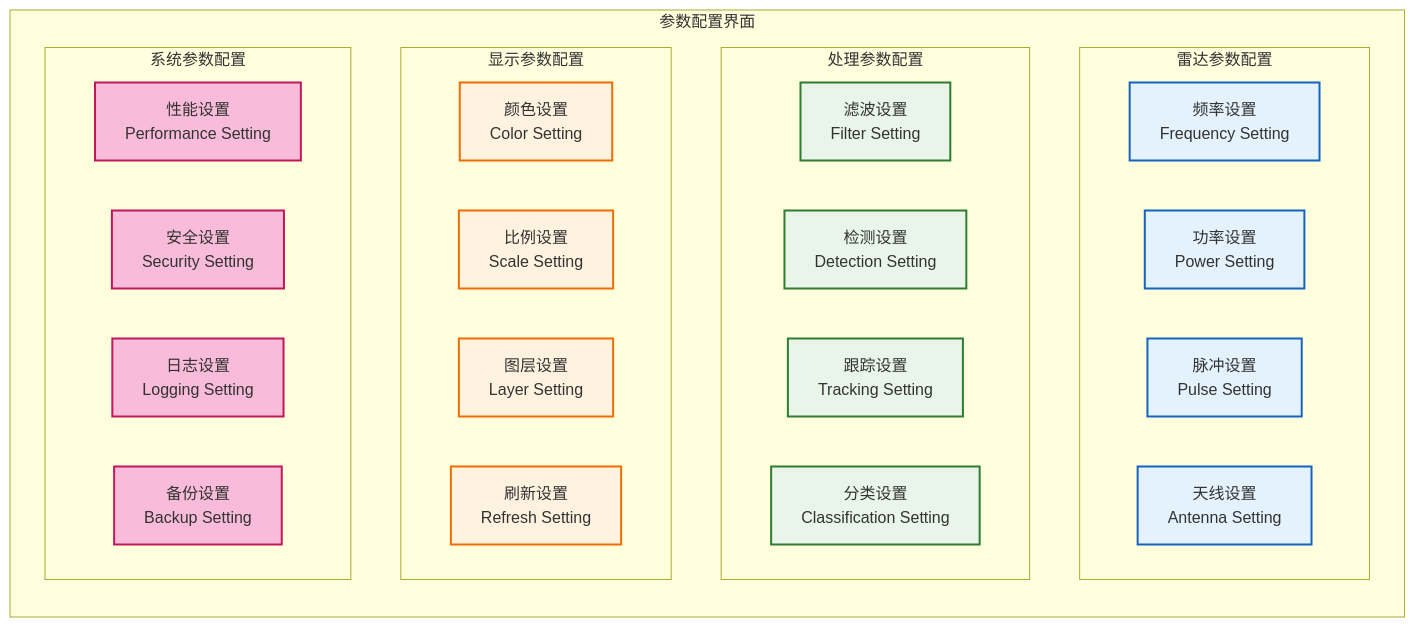
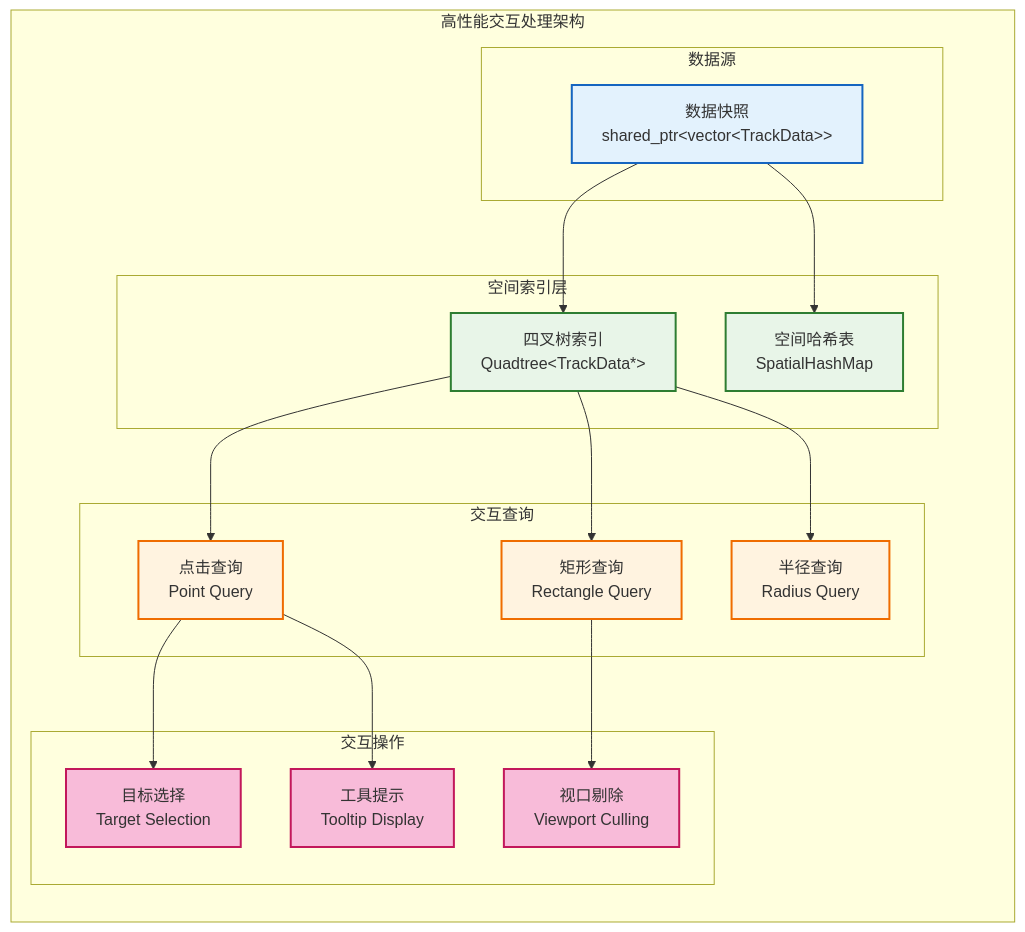
Diagram 15 of 21 in docs/01_项目设计/02_模块设计/04_显控接口模块设计.md (wendizhou99-cell/Radar), drawn with Mermaid before and after one commit. The commit also changed other lines of this file and 7 other files, not shown here.

````diff
--- a/docs/01_项目设计/02_模块设计/04_显控接口模块设计.md
+++ b/docs/01_项目设计/02_模块设计/04_显控接口模块设计.md
@@ -680,46 +1312,48 @@
 ```mermaid
 graph TB
-    subgraph "参数配置界面"
+    subgraph "高性能交互处理架构"
         direction TB
 
-        subgraph "雷达参数配置"
-            FREQUENCY_SETTING[频率设置<br/>Frequency Setting]
-            POWER_SETTING[功率设置<br/>Power Setting]
-            PULSE_SETTING[脉冲设置<br/>Pulse Setting]
-            ANTENNA_SETTING[天线设置<br/>Antenna Setting]
+        subgraph "数据源"
+            SNAPSHOT[数据快照<br/>shared_ptr&lt;vector&lt;TrackData&gt;&gt;]
         end
 
-        subgraph "处理参数配置"
-            FILTER_SETTING[滤波设置<br/>Filter Setting]
-            DETECTION_SETTING[检测设置<br/>Detection Setting]
-            TRACKING_SETTING[跟踪设置<br/>Tracking Setting]
-            CLASSIFICATION_SETTING[分类设置<br/>Classification Setting]
+        subgraph "空间索引层"
+            QUADTREE[四叉树索引<br/>Quadtree&lt;TrackData*&gt;]
+            SPATIAL_HASH[空间哈希表<br/>SpatialHashMap]
         end
 
-        subgraph "显示参数配置"
-            COLOR_SETTING[颜色设置<br/>Color Setting]
-            SCALE_SETTING_UI[比例设置<br/>Scale Setting]
-            LAYER_SETTING_UI[图层设置<br/>Layer Setting]
-            REFRESH_SETTING[刷新设置<br/>Refresh Setting]
+        subgraph "交互查询"
+            POINT_QUERY[点击查询<br/>Point Query]
+            RECT_QUERY[矩形查询<br/>Rectangle Query]
+            RADIUS_QUERY[半径查询<br/>Radius Query]
         end
 
-        subgraph "系统参数配置"
-            PERFORMANCE_SETTING[性能设置<br/>Performance Setting]
-            SECURITY_SETTING[安全设置<br/>Security Setting]
-            LOGGING_SETTING[日志设置<br/>Logging Setting]
-            BACKUP_SETTING[备份设置<br/>Backup Setting]
+        subgraph "交互操作"
+            TARGET_SELECTION[目标选择<br/>Target Selection]
+            TOOLTIP_DISPLAY[工具提示<br/>Tooltip Display]
+            VIEWPORT_CULLING[视口剔除<br/>Viewport Culling]
         end
-
-        %% 此图仅展示参数配置分类，不表示配置间的关联关系
     end
 
-    classDef radar fill:#e3f2fd,stroke:#1565c0,stroke-width:2px
-    classDef processing fill:#e8f5e8,stroke:#2e7d32,stroke-width:2px
-    classDef display fill:#fff3e0,stroke:#ef6c00,stroke-width:2px
-    classDef system fill:#f8bbd9,stroke:#c2185b,stroke-width:2px
+    SNAPSHOT --> QUADTREE
+    SNAPSHOT --> SPATIAL_HASH
 
-    class FREQUENCY_SETTING,POWER_SETTING,PULSE_SETTING,ANTENNA_SETTING radar
-    class FILTER_SETTING,DETECTION_SETTING,TRACKING_SETTING,CLASSIFICATION_SETTING processing
-    class COLOR_SETTING,SCALE_SETTING_UI,LAYER_SETTING_UI,REFRESH_SETTING display
-    class PERFORMANCE_SETTING,SECURITY_SETTING,LOGGING_SETTING,BACKUP_SETTING system
+    QUADTREE --> POINT_QUERY
+    QUADTREE --> RECT_QUERY
+    QUADTREE --> RADIUS_QUERY
+
+    POINT_QUERY --> TARGET_SELECTION
+    POINT_QUERY --> TOOLTIP_DISPLAY
+    RECT_QUERY --> VIEWPORT_CULLING
+
+    classDef data fill:#e3f2fd,stroke:#1565c0,stroke-width:2px
+    classDef spatial fill:#e8f5e8,stroke:#2e7d32,stroke-width:2px
+    classDef query fill:#fff3e0,stroke:#ef6c00,stroke-width:2px
+    classDef operation fill:#f8bbd9,stroke:#c2185b,stroke-width:2px
+
+    class SNAPSHOT data
+    class QUADTREE,SPATIAL_HASH spatial
+    class POINT_QUERY,RECT_QUERY,RADIUS_QUERY query
+    class TARGET_SELECTION,TOOLTIP_DISPLAY,VIEWPORT_CULLING operation
 ```
````
